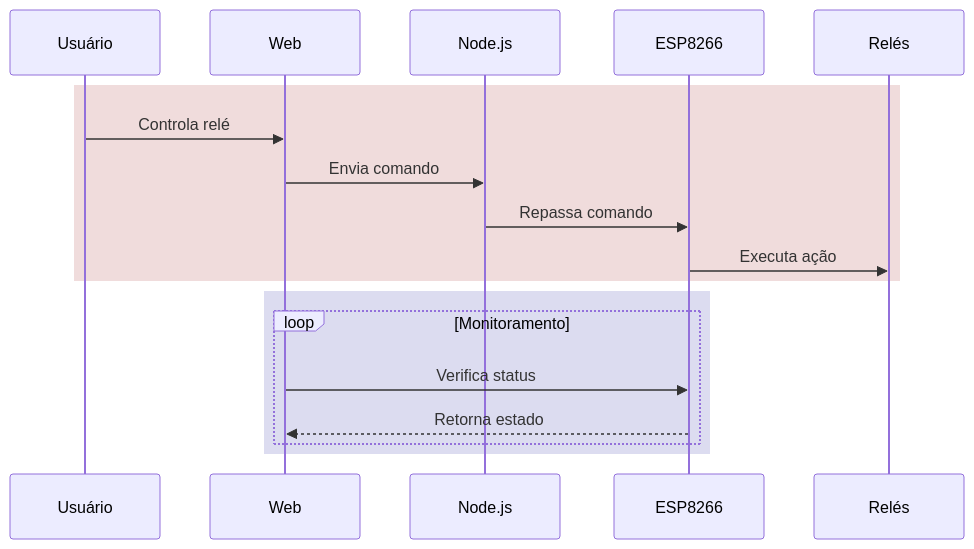
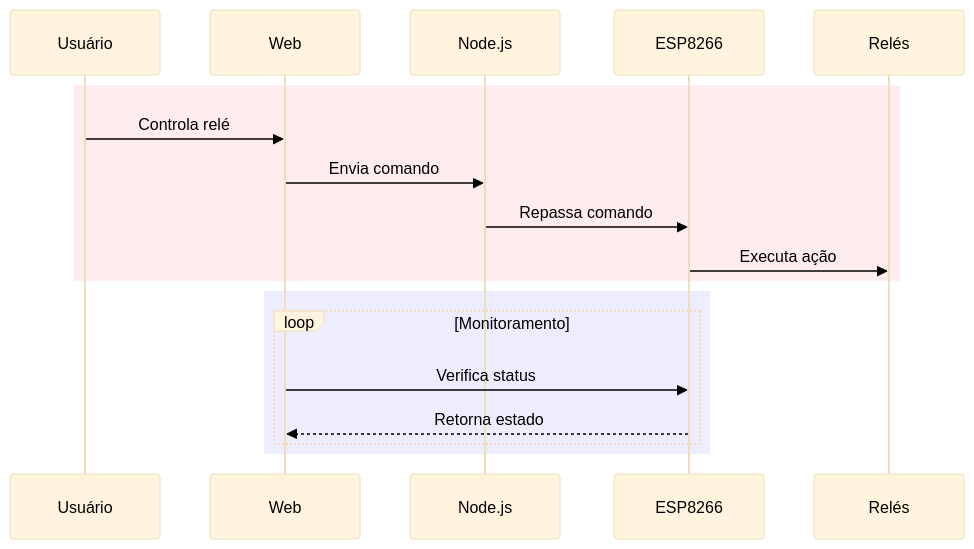
One commit to lfcpu/PlayList-Automa--o-Residencial changed the first of 2 diagrams in Video 3 Controlando pelo Pc/Projeto.md. Above: the diagram before and after it, drawn with Mermaid. The commit also changed other lines of this file, not shown here.

````diff
--- a/Video 3 Controlando pelo Pc/Projeto.md
+++ b/Video 3 Controlando pelo Pc/Projeto.md
@@ -7,22 +7,23 @@
 ```mermaid
+%%{init: {'theme': 'base', 'themeVariables': { 'primaryTextColor': '#000'}}}%%
 sequenceDiagram
     participant U as Usuário
     participant W as Web
     participant N as Node.js
     participant E as ESP8266
     participant R as Relés
 
-    rect rgb(240, 220, 220)
+    rect rgba(255, 220, 220, 0.5)
         U->>W: Controla relé
         W->>N: Envia comando
         N->>E: Repassa comando
         E->>R: Executa ação
     end
 
-    rect rgb(220, 220, 240)
+    rect rgba(220, 220, 255, 0.5)
         loop Monitoramento
             W->>E: Verifica status
             E-->>W: Retorna estado
         end
     end
 ```
````
